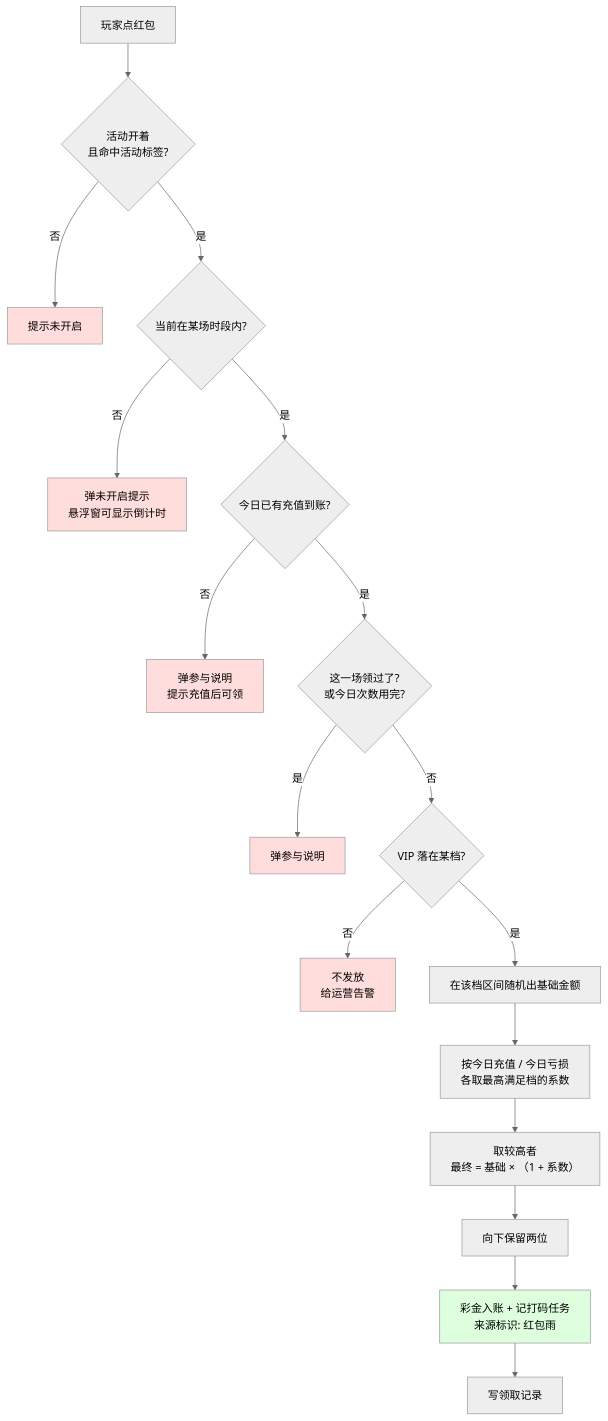
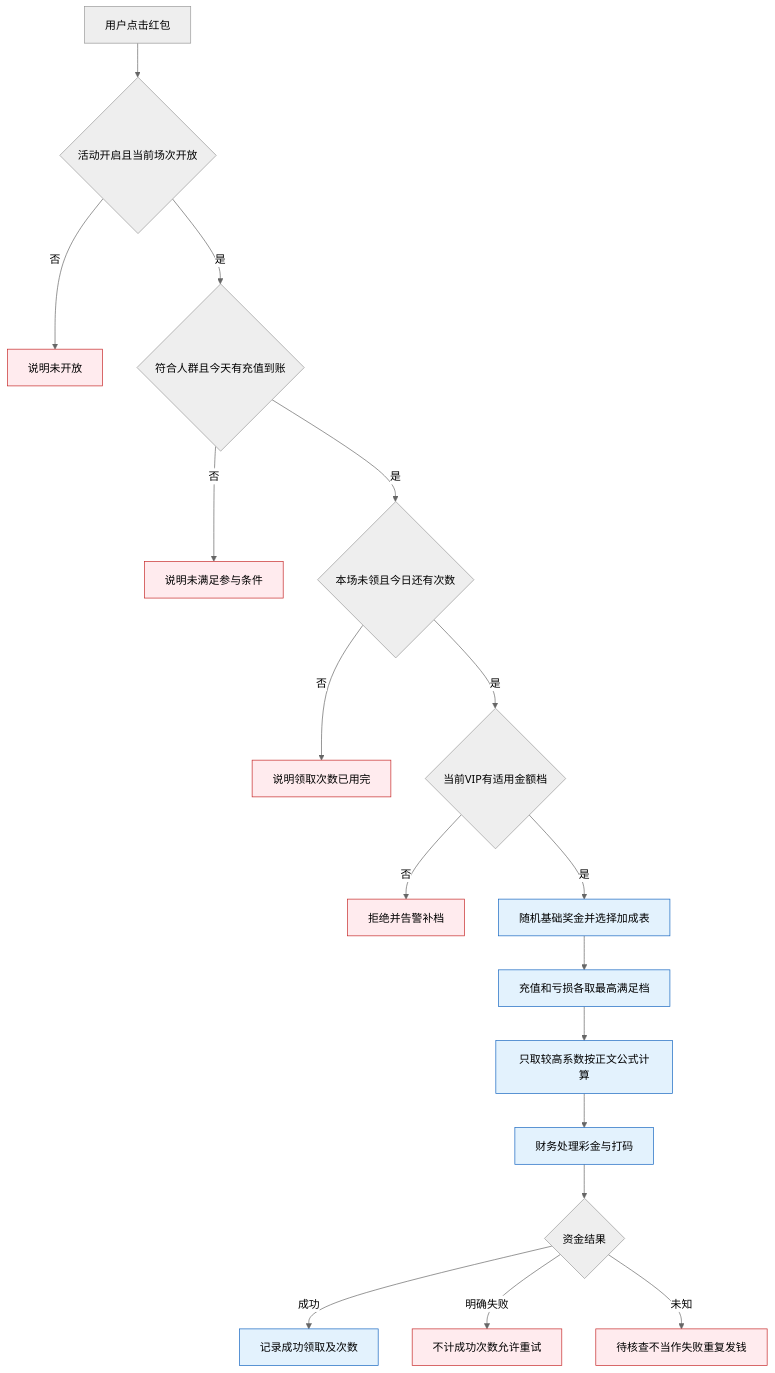
Before and after one commit to bingo-lab-1/bingo-figma: the diagram in M4-活动管理/4.2-红包雨/README.md, drawn with Mermaid (neutral theme). The commit also changed other lines of this file and 50 other files, not shown here.

````diff
--- a/M4-活动管理/4.2-红包雨/README.md
+++ b/M4-活动管理/4.2-红包雨/README.md
@@ -229,25 +125,23 @@
 ```mermaid
 flowchart TD
-    A[玩家点红包] --> B{活动开着<br/>且命中活动标签?}
-    B -- 否 --> X1[提示未开启]
-    B -- 是 --> C{当前在某场时段内?}
-    C -- 否 --> X2[弹未开启提示<br/>悬浮窗可显示倒计时]
-    C -- 是 --> C2{今日已有充值到账?}
-    C2 -- 否 --> X5[弹参与说明<br/>提示充值后可领]
-    C2 -- 是 --> D{这一场领过了?<br/>或今日次数用完?}
-    D -- 是 --> X3[弹参与说明]
-    D -- 否 --> E{VIP 落在某档?}
-    E -- 否 --> X4[不发放<br/>给运营告警]
-    E -- 是 --> F[在该档区间随机出基础金额]
-    F --> G[按今日充值 / 今日亏损<br/>各取最高满足档的系数]
-    G --> H[取较高者<br/>最终 = 基础 × （1 + 系数）]
-    H --> I[向下保留两位]
-    I --> J[彩金入账 + 记打码任务<br/>来源标识: 红包雨]
-    J --> K[写领取记录]
-    style X1 fill:#fdd
-    style X2 fill:#fdd
-    style X3 fill:#fdd
-    style X4 fill:#fdd
-    style X5 fill:#fdd
-    style J fill:#dfd
+    A[用户点击红包] --> B{活动开启且当前场次开放}
+    B -->|否| X[说明未开放]
+    B -->|是| C{符合人群且今天有充值到账}
+    C -->|否| Y[说明未满足参与条件]
+    C -->|是| D{本场未领且今日还有次数}
+    D -->|否| Z[说明领取次数已用完]
+    D -->|是| E{当前VIP有适用金额档}
+    E -->|否| W[拒绝并告警补档]
+    E -->|是| F[随机基础奖金并选择加成表]
+    F --> G[充值和亏损各取最高满足档]
+    G --> H[只取较高系数按正文公式计算]
+    H --> I[财务处理彩金与打码]
+    I --> J{资金结果}
+    J -->|成功| K[记录成功领取及次数]
+    J -->|明确失败| L[不计成功次数允许重试]
+    J -->|未知| M[待核查不当作失败重复发钱]
+    classDef normal fill:#E3F2FD,stroke:#1565C0
+    classDef stop fill:#FFEBEE,stroke:#C62828
+    class F,G,H,I,K normal
+    class X,Y,Z,W,L,M stop
 ```
````
